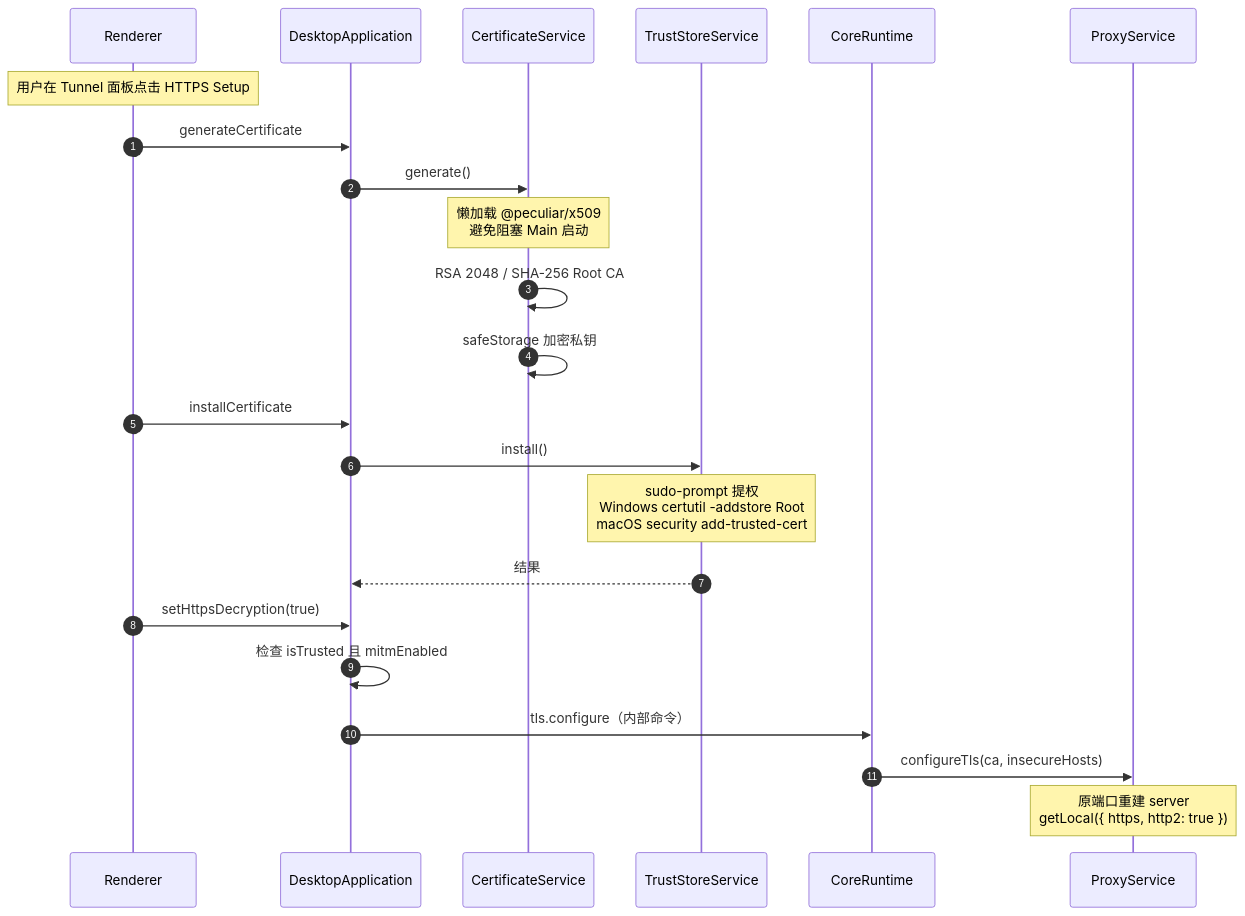
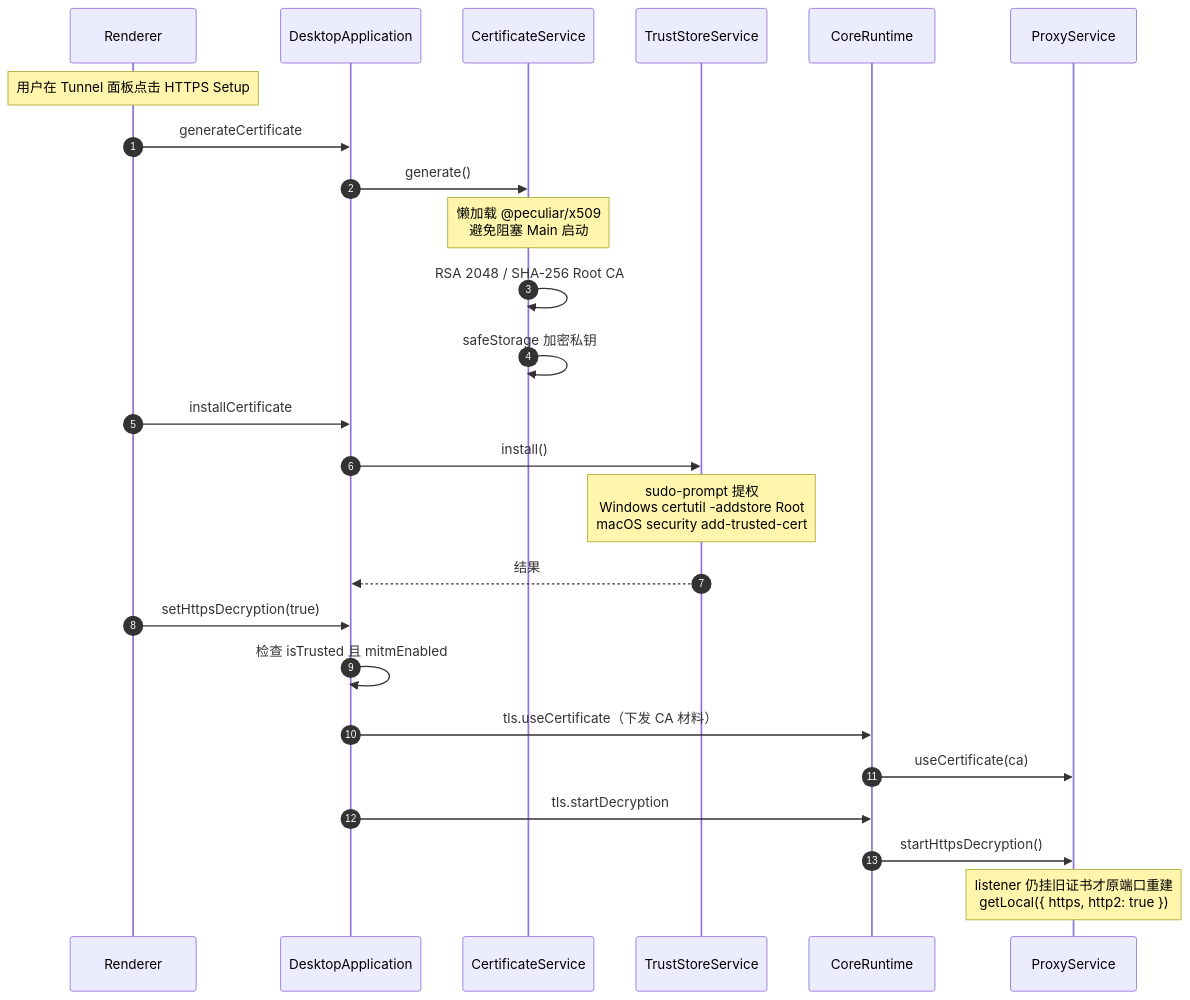
Before and after one commit to zhxmt-xm/Interceptor: the second of 7 diagrams in architecture/features/settings.md, drawn with Mermaid. The commit also changed other lines of this file and 25 other files, not shown here.

````diff
--- a/architecture/features/settings.md
+++ b/architecture/features/settings.md
@@ -73,28 +73,30 @@
 ```mermaid
 sequenceDiagram
     autonumber
     participant UI as Renderer
     participant Main as DesktopApplication
     participant Cert as CertificateService
     participant Trust as TrustStoreService
     participant Runtime as CoreRuntime
     participant Proxy as ProxyService
 
     Note over UI: 用户在 Tunnel 面板点击 HTTPS Setup
     UI->>Main: generateCertificate
     Main->>Cert: generate()
     Note over Cert: 懒加载 @peculiar/x509<br/>避免阻塞 Main 启动
     Cert->>Cert: RSA 2048 / SHA-256 Root CA
     Cert->>Cert: safeStorage 加密私钥
 
     UI->>Main: installCertificate
     Main->>Trust: install()
     Note over Trust: sudo-prompt 提权<br/>Windows certutil -addstore Root<br/>macOS security add-trusted-cert
     Trust-->>Main: 结果
 
     UI->>Main: setHttpsDecryption(true)
     Main->>Main: 检查 isTrusted 且 mitmEnabled
-    Main->>Runtime: tls.configure（内部命令）
-    Runtime->>Proxy: configureTls(ca, insecureHosts)
-    Note over Proxy: 原端口重建 server<br/>getLocal({ https, http2: true })
+    Main->>Runtime: tls.useCertificate（下发 CA 材料）
+    Runtime->>Proxy: useCertificate(ca)
+    Main->>Runtime: tls.startDecryption
+    Runtime->>Proxy: startHttpsDecryption()
+    Note over Proxy: listener 仍挂旧证书才原端口重建<br/>getLocal({ https, http2: true })
 ```
````
